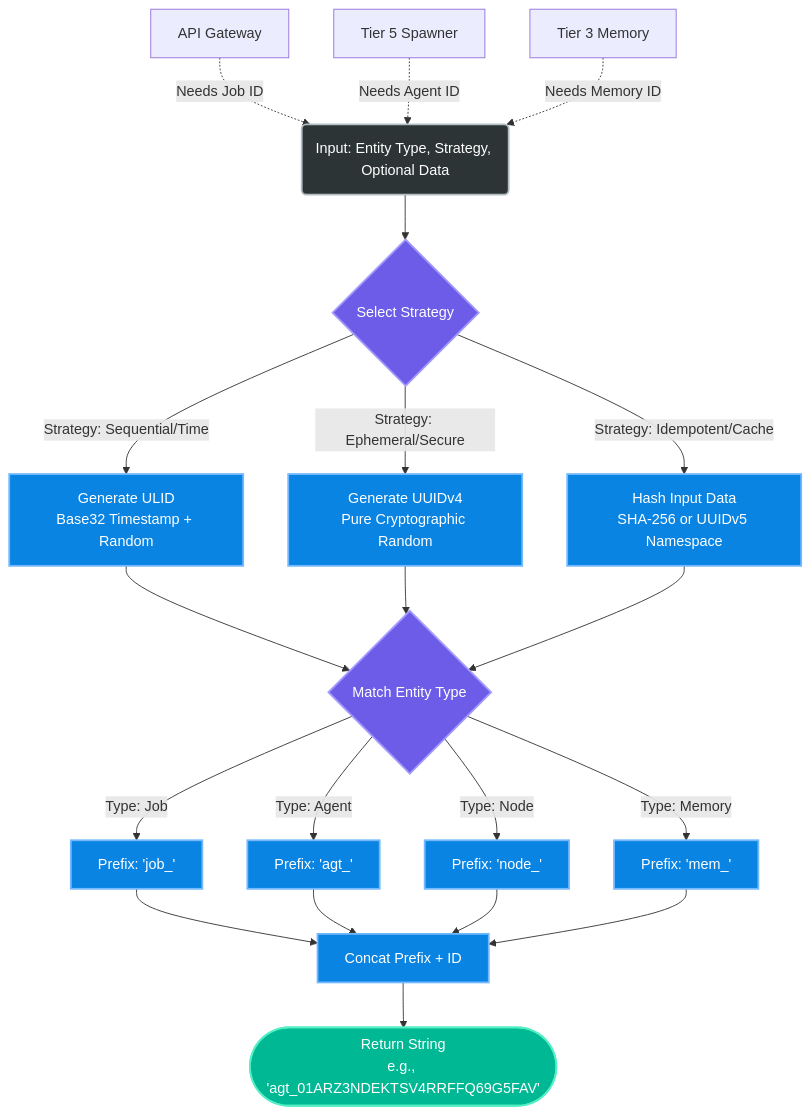
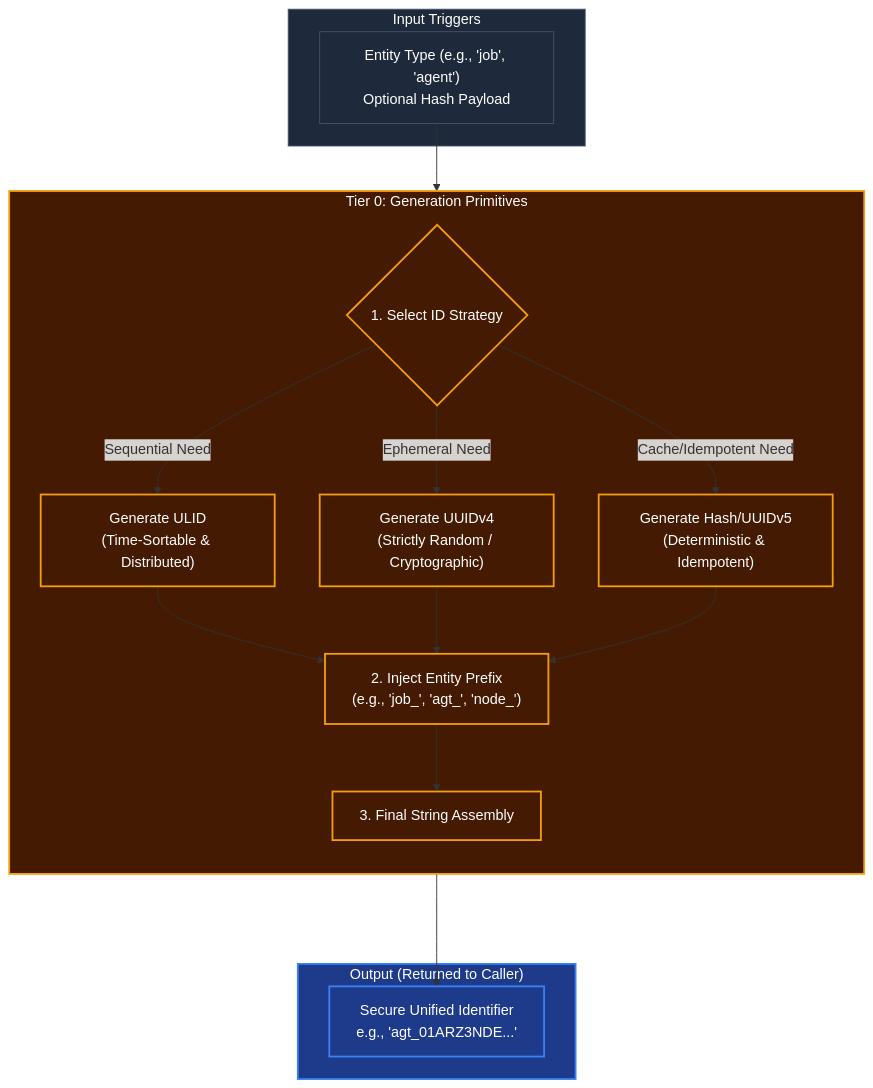
One commit to azzindani/Kea changed the diagram in redesign/tier_0/id_and_hash.md. Above: the diagram before and after it, drawn with Mermaid. The commit also changed other lines of this file and 22 other files, not shown here.

Commit message:
feat: Define the conceptual architecture and components for Kea's multi-tiered redesign across tiers 0-6.

````diff
--- a/redesign/tier_0/id_and_hash.md
+++ b/redesign/tier_0/id_and_hash.md
@@ -1,45 +10,47 @@
 ```mermaid
-graph TD
-    %% Styling
-    classDef external fill:#2d3436,stroke:#b2bec3,stroke-width:2px,color:#fff;
-    classDef process fill:#0984e3,stroke:#74b9ff,stroke-width:2px,color:#fff;
-    classDef decision fill:#6c5ce7,stroke:#a29bfe,stroke-width:2px,color:#fff;
-    classDef success fill:#00b894,stroke:#55efc4,stroke-width:2px,color:#fff;
+---
+config:
+  layout: dagre
+---
+flowchart TB
+    %% Inputs (From higher tiers)
+    subgraph sInputs["Input Triggers"]
+        nInput["Entity Type (e.g., 'job', 'agent')<br>Optional Hash Payload"]
+    end
 
-    %% Entry Points
-    CallerAPI[API Gateway] -.->|Needs Job ID| RequestID
-    CallerSpawn[Tier 5 Spawner] -.->|Needs Agent ID| RequestID
-    CallerMem[Tier 3 Memory] -.->|Needs Memory ID| RequestID
-
-    %% Core Entry
-    RequestID(Input: Entity Type, Strategy, Optional Data):::external --> Router{Select Strategy}:::decision
-
-    %% Path 1: Time-Sortable (ULID)
-    Router -->|Strategy: Sequential/Time| GenULID[Generate ULID<br/>Base32 Timestamp + Random]:::process
-    
-    %% Path 2: Cryptographic Random (UUIDv4)
-    Router -->|Strategy: Ephemeral/Secure| GenUUID[Generate UUIDv4<br/>Pure Cryptographic Random]:::process
-    
-    %% Path 3: Deterministic (UUIDv5 / SHA)
-    Router -->|Strategy: Idempotent/Cache| HashData[Hash Input Data<br/>SHA-256 or UUIDv5 Namespace]:::process
-
-    %% Prefix Injection (The "Stripe" Method)
-    GenULID --> InjectPrefix{Match Entity Type}:::decision
-    GenUUID --> InjectPrefix
-    HashData --> InjectPrefix
-
-    %% Prefix Mapping
-    InjectPrefix -->|Type: Job| PreJob[Prefix: 'job_']:::process
-    InjectPrefix -->|Type: Agent| PreAgt[Prefix: 'agt_']:::process
-    InjectPrefix -->|Type: Node| PreNode[Prefix: 'node_']:::process
-    InjectPrefix -->|Type: Memory| PreMem[Prefix: 'mem_']:::process
-
-    %% Final Assembly
-    PreJob --> FinalConcat[Concat Prefix + ID]:::process
-    PreAgt --> FinalConcat
-    PreNode --> FinalConcat
-    PreMem --> FinalConcat
+    %% Tier 0 Processing
+    subgraph sTier0["Tier 0: Generation Primitives"]
+        direction TB
+        
+        nStrategy{"1. Select ID Strategy"}
+        
+        nULID["Generate ULID<br>(Time-Sortable & Distributed)"]
+        nUUID["Generate UUIDv4<br>(Strictly Random / Cryptographic)"]
+        nHash["Generate Hash/UUIDv5<br>(Deterministic & Idempotent)"]
+        
+        nPrefix["2. Inject Entity Prefix<br>(e.g., 'job_', 'agt_', 'node_')"]
+        nConcat["3. Final String Assembly"]
+    end
 
     %% Output
-    FinalConcat --> OutputID([Return String<br/>e.g., 'agt_01ARZ3NDEKTSV4RRFFQ69G5FAV']):::success
+    subgraph sOutput["Output (Returned to Caller)"]
+        nFinalID["Secure Unified Identifier<br>e.g., 'agt_01ARZ3NDE...'"]
+    end
+
+    nInput --> nStrategy
+    nStrategy -- "Sequential Need" --> nULID
+    nStrategy -- "Ephemeral Need" --> nUUID
+    nStrategy -- "Cache/Idempotent Need" --> nHash
+    
+    nULID & nUUID & nHash --> nPrefix --> nConcat
+    nConcat ---> nFinalID
+
+    %% Styling
+    classDef t0 fill:#451A03,stroke:#F59E0B,stroke-width:2px,color:#fff
+    classDef in fill:#1e293b,stroke:#475569,stroke-width:1px,color:#fff
+    classDef out fill:#1E3A8A,stroke:#3B82F6,stroke-width:2px,color:#fff
+    
+    class sInputs,nInput in
+    class sTier0,nStrategy,nULID,nUUID,nHash,nPrefix,nConcat t0
+    class sOutput,nFinalID out
 ```
````
